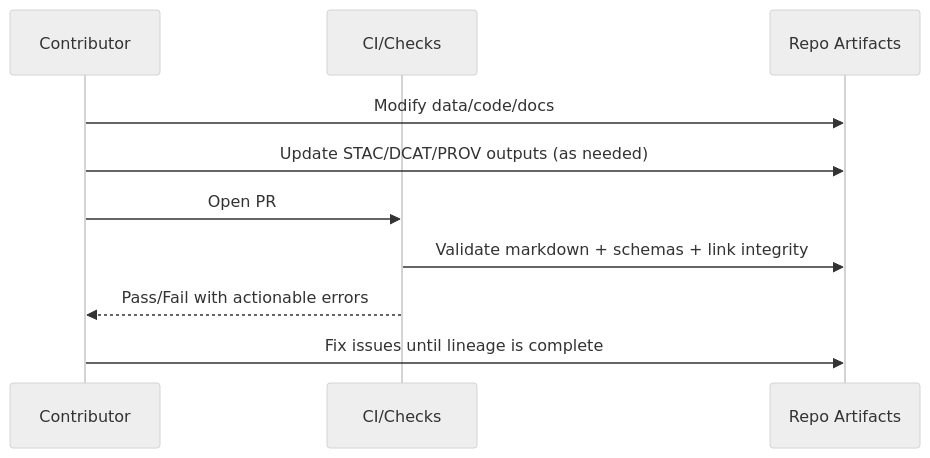
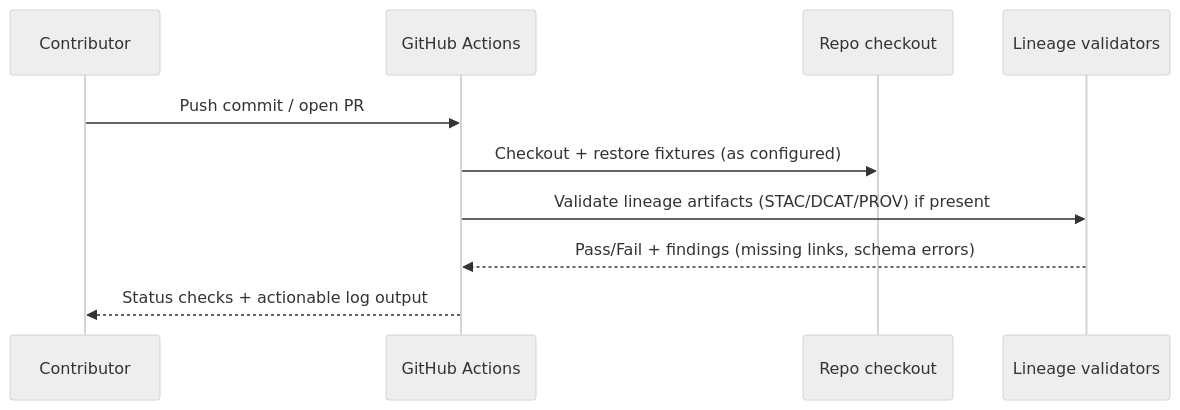
Before and after one commit to bartytime4life/Kansas-Frontier-Matrix: the second of 2 diagrams in .github/lineage/README.md, drawn with Mermaid (neutral theme). The commit also changed other lines of this file, not shown here.

```diff
--- a/.github/lineage/README.md
+++ b/.github/lineage/README.md
@@ -163,13 +203,13 @@
 ~~~mermaid
 sequenceDiagram
   participant Dev as Contributor
-  participant CI as CI/Checks
-  participant Repo as Repo Artifacts
+  participant CI as GitHub Actions
+  participant Repo as Repo checkout
+  participant Val as Lineage validators
 
-  Dev->>Repo: Modify data/code/docs
-  Dev->>Repo: Update STAC/DCAT/PROV outputs (as needed)
-  Dev->>CI: Open PR
-  CI->>Repo: Validate markdown + schemas + link integrity
-  CI-->>Dev: Pass/Fail with actionable errors
-  Dev->>Repo: Fix issues until lineage is complete
+  Dev->>CI: Push commit / open PR
+  CI->>Repo: Checkout + restore fixtures (as configured)
+  CI->>Val: Validate lineage artifacts (STAC/DCAT/PROV) if present
+  Val-->>CI: Pass/Fail + findings (missing links, schema errors)
+  CI-->>Dev: Status checks + actionable log output
 ~~~
```
